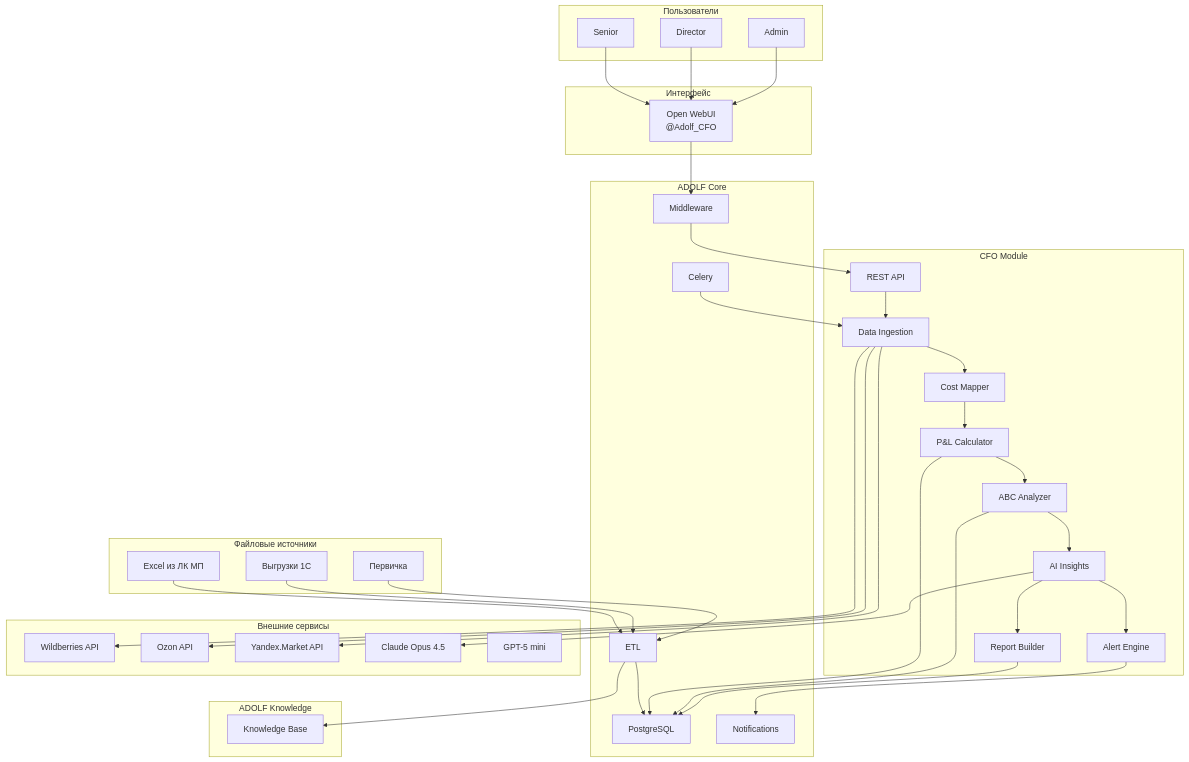
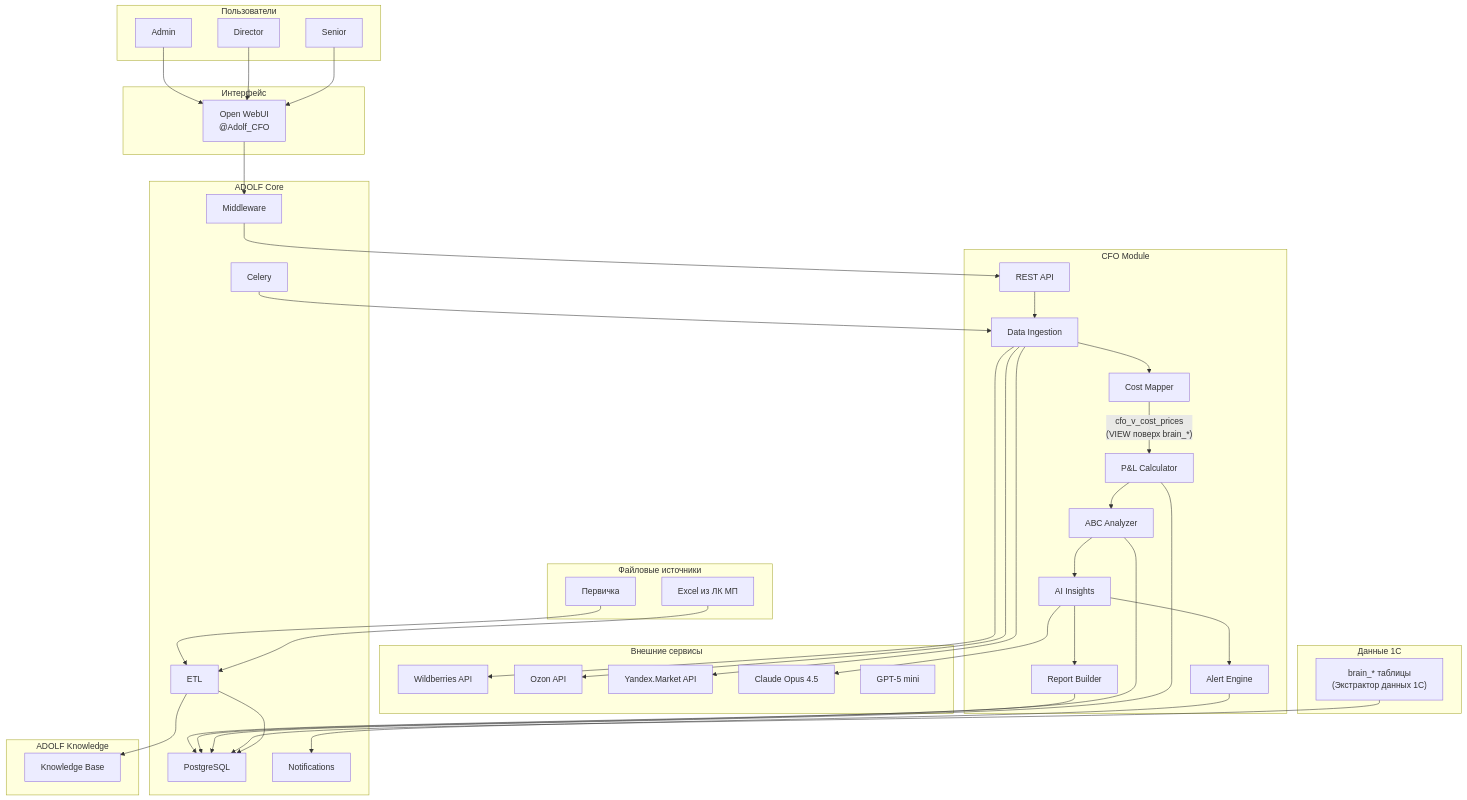
The first of 7 diagrams in cfo/adolf_cfo_1_architecture.md (Sign25/Docs), drawn with Mermaid before and after one commit. The commit also changed other lines of this file, not shown here.

Commit message:
CFO Раздел 1: Architecture v2.0 — brain_* VIEW, удаление файлового обмена 1С

````diff
--- a/cfo/adolf_cfo_1_architecture.md
+++ b/cfo/adolf_cfo_1_architecture.md
@@ -84,73 +85,78 @@
 ```mermaid
 graph TB
     subgraph USERS["Пользователи"]
         U1["Senior"]
         U2["Director"]
         U3["Admin"]
     end
 
     subgraph INTERFACE["Интерфейс"]
         OWUI["Open WebUI<br/>@Adolf_CFO"]
     end
 
     subgraph CFO_MODULE["CFO Module"]
         API["REST API"]
         INGEST["Data Ingestion"]
         MAPPER["Cost Mapper"]
         CALC["P&L Calculator"]
         ABC["ABC Analyzer"]
         AI["AI Insights"]
         REPORT["Report Builder"]
         ALERT["Alert Engine"]
     end
 
     subgraph CORE["ADOLF Core"]
         MW["Middleware"]
         PG["PostgreSQL"]
         CELERY["Celery"]
         ETL["ETL"]
         NOTIF["Notifications"]
     end
 
     subgraph KNOWLEDGE["ADOLF Knowledge"]
         KB["Knowledge Base"]
     end
 
     subgraph EXTERNAL["Внешние сервисы"]
         WB_API["Wildberries API"]
         OZON_API["Ozon API"]
         YM_API["Yandex.Market API"]
         CLAUDE["Claude Opus 4.5"]
         GPT["GPT-5 mini"]
     end
 
     subgraph FILES["Файловые источники"]
         MP_EXCEL["Excel из ЛК МП"]
-        C1_FILES["Выгрузки 1С"]
         DOCS["Первичка"]
+    end
+
+    subgraph BRAIN_DB["Данные 1С"]
+        BRAIN["brain_* таблицы<br/>(Экстрактор данных 1С)"]
     end
 
     U1 & U2 & U3 --> OWUI
     OWUI --> MW
     MW --> API
     
     API --> INGEST
     INGEST --> WB_API & OZON_API & YM_API
     
-    MP_EXCEL & C1_FILES & DOCS --> ETL
+    MP_EXCEL & DOCS --> ETL
     ETL --> PG
     ETL --> KB
+
+    BRAIN --> PG
     
     INGEST --> MAPPER
-    MAPPER --> CALC
+    MAPPER -->|"cfo_v_cost_prices<br/>(VIEW поверх brain_*)"| CALC
     CALC --> ABC
     ABC --> AI
     AI --> CLAUDE
     
     AI --> REPORT
     AI --> ALERT
     ALERT --> NOTIF
     
     CALC & ABC & REPORT --> PG
     CELERY --> INGEST
 ```
````
